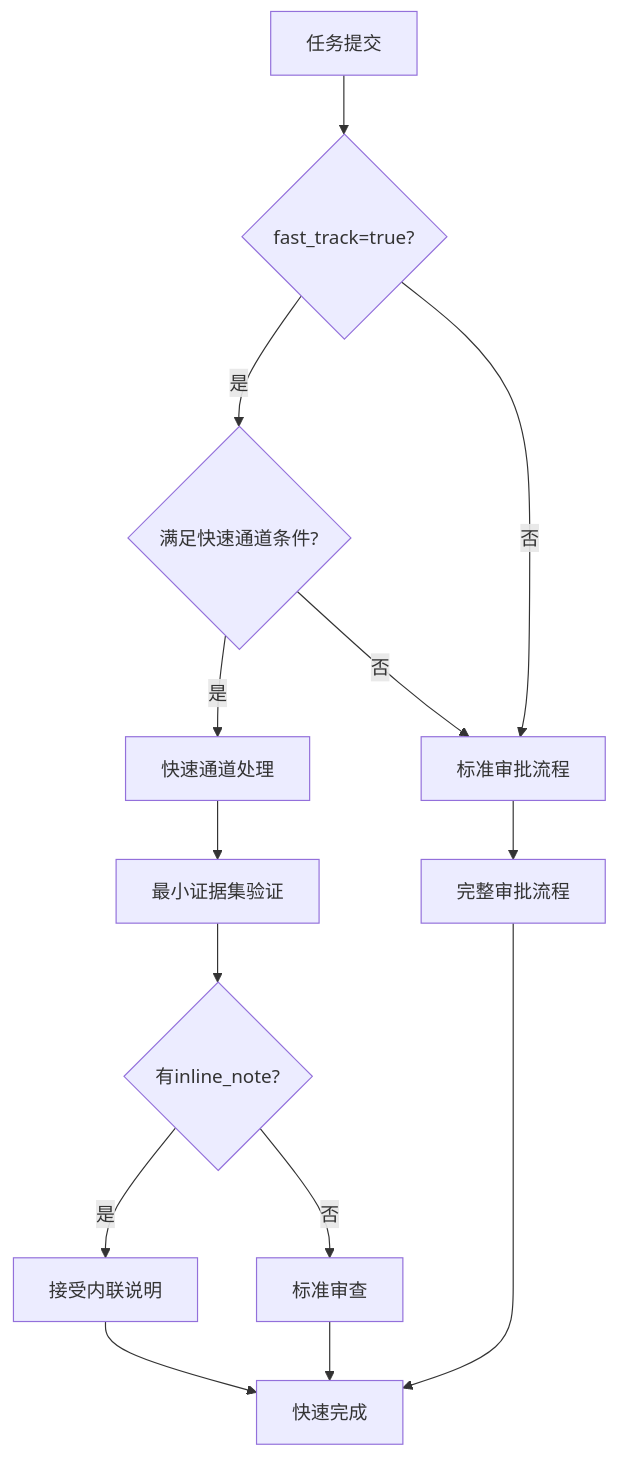
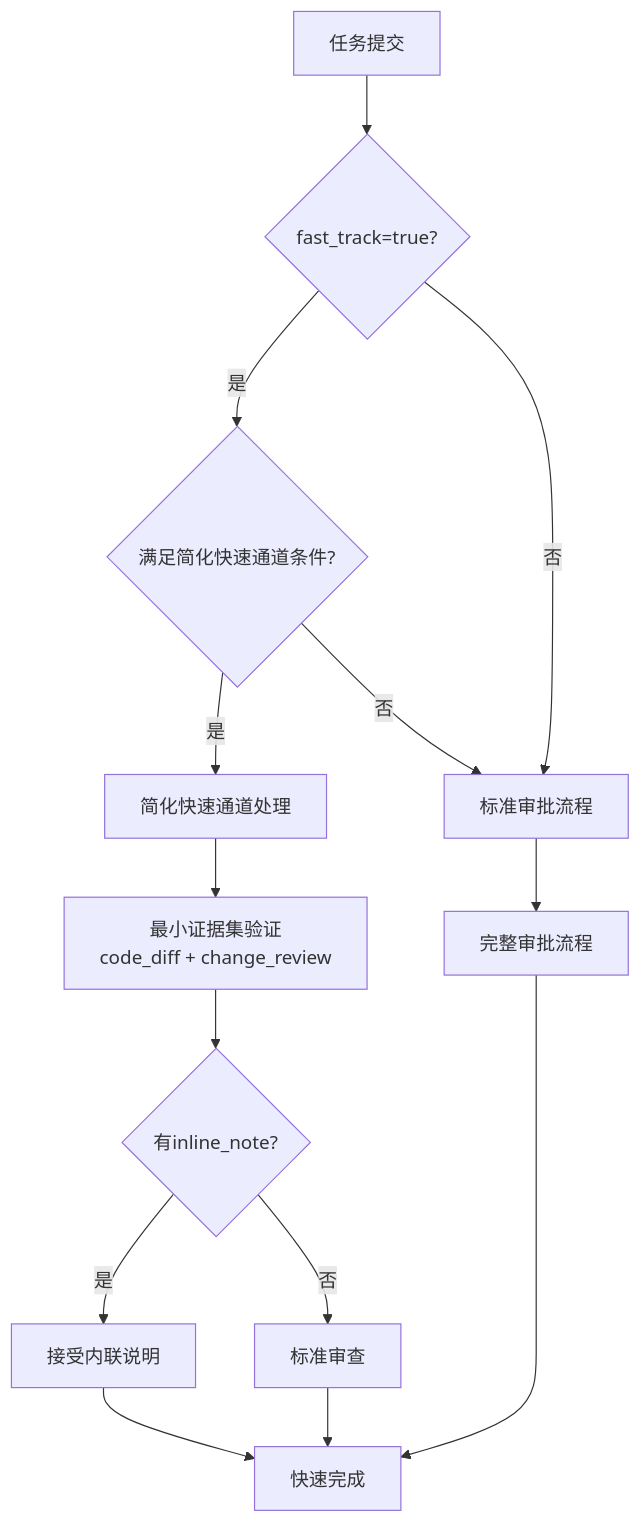
One commit to HackSing/docs-harness changed the seventh of 11 diagrams in .qoder/repowiki/zh/content/核心概念/后台任务模型/后台任务模型.md. Above: the diagram before and after it, drawn with Mermaid. The commit also changed other lines of this file and 27 other files, not shown here.

````diff
--- a/.qoder/repowiki/zh/content/核心概念/后台任务模型/后台任务模型.md
+++ b/.qoder/repowiki/zh/content/核心概念/后台任务模型/后台任务模型.md
@@ -316,16 +318,16 @@
 ```mermaid
 flowchart TD
 Start["任务提交"] --> CheckFastTrack{"fast_track=true?"}
-CheckFastTrack --> |是| ValidateConditions{"满足快速通道条件?"}
+CheckFastTrack --> |是| ValidateConditions{"满足简化快速通道条件?"}
 CheckFastTrack --> |否| NormalFlow["标准审批流程"]
-ValidateConditions --> |是| FastTrackProcess["快速通道处理"]
+ValidateConditions --> |是| FastTrackProcess["简化快速通道处理"]
 ValidateConditions --> |否| NormalFlow
-FastTrackProcess --> MinEvidence["最小证据集验证"]
+FastTrackProcess --> MinEvidence["最小证据集验证<br/>code_diff + change_review"]
 MinEvidence --> InlineNote{"有inline_note?"}
 InlineNote --> |是| AcceptInline["接受内联说明"]
 InlineNote --> |否| StandardReview["标准审查"]
 AcceptInline --> Complete["快速完成"]
 StandardReview --> Complete
 NormalFlow --> FullApproval["完整审批流程"]
 FullApproval --> Complete
 ```
````
